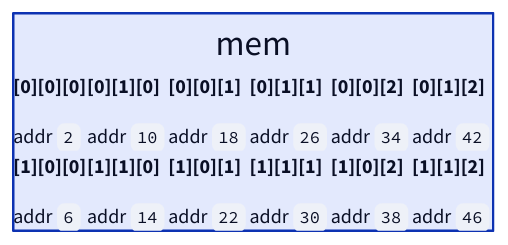
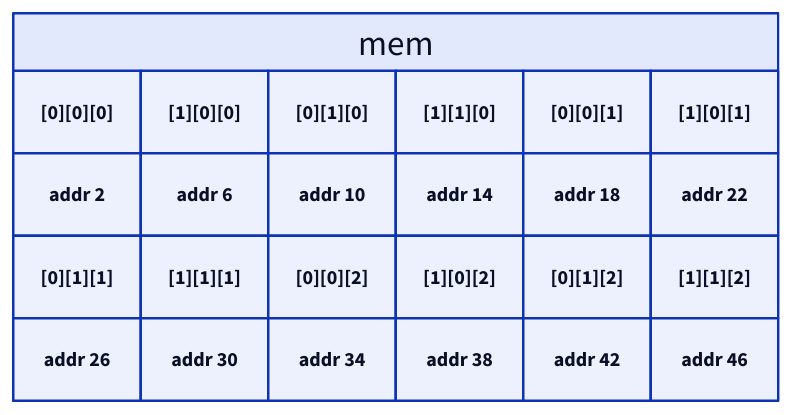
One commit to ani2fun/note-book changed diagram 44 of 50 in src/computer-science/DSA/data-structures/1.arrays/02-multidimensional.md. Above: the diagram before and after it, drawn with D2. The commit also changed other lines of this file, not shown here.

First line of the commit message:
DSA arrays/02-multidimensional: deep narrative pass + diagram tabular sweep

````diff
--- a/src/computer-science/DSA/data-structures/1.arrays/02-multidimensional.md
+++ b/src/computer-science/DSA/data-structures/1.arrays/02-multidimensional.md
@@ -2595,66 +2557,31 @@
 ```d2
 mem: {
+  grid-rows: 4
   grid-columns: 6
   grid-gap: 0
-  a: |md
-    **[0][0][0]**
-
-    addr `2`
-  |
-  b: |md
-    **[1][0][0]**
-
-    addr `6`
-  |
-  c: |md
-    **[0][1][0]**
-
-    addr `10`
-  |
-  d: |md
-    **[1][1][0]**
-
-    addr `14`
-  |
-  e: |md
-    **[0][0][1]**
-
-    addr `18`
-  |
-  f: |md
-    **[1][0][1]**
-
-    addr `22`
-  |
-  g: |md
-    **[0][1][1]**
-
-    addr `26`
-  |
-  h: |md
-    **[1][1][1]**
-
-    addr `30`
-  |
-  i: |md
-    **[0][0][2]**
-
-    addr `34`
-  |
-  j: |md
-    **[1][0][2]**
-
-    addr `38`
-  |
-  k: |md
-    **[0][1][2]**
-
-    addr `42`
-  |
-  l: |md
-    **[1][1][2]**
-
-    addr `46`
-  |
+  i0: "[0][0][0]"
+  i1: "[1][0][0]"
+  i2: "[0][1][0]"
+  i3: "[1][1][0]"
+  i4: "[0][0][1]"
+  i5: "[1][0][1]"
+  a0: "addr 2"
+  a1: "addr 6"
+  a2: "addr 10"
+  a3: "addr 14"
+  a4: "addr 18"
+  a5: "addr 22"
+  i6: "[0][1][1]"
+  i7: "[1][1][1]"
+  i8: "[0][0][2]"
+  i9: "[1][0][2]"
+  i10: "[0][1][2]"
+  i11: "[1][1][2]"
+  a6: "addr 26"
+  a7: "addr 30"
+  a8: "addr 34"
+  a9: "addr 38"
+  a10: "addr 42"
+  a11: "addr 46"
 }
 ```
````
